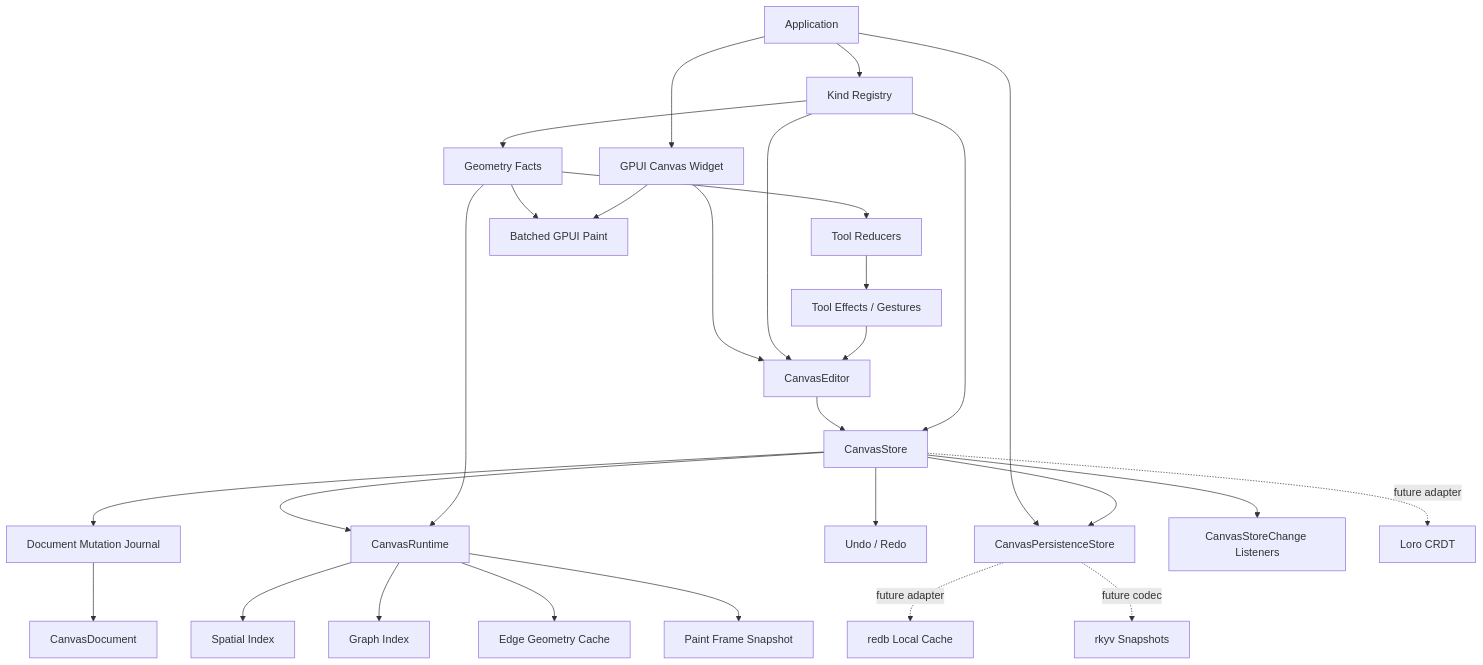
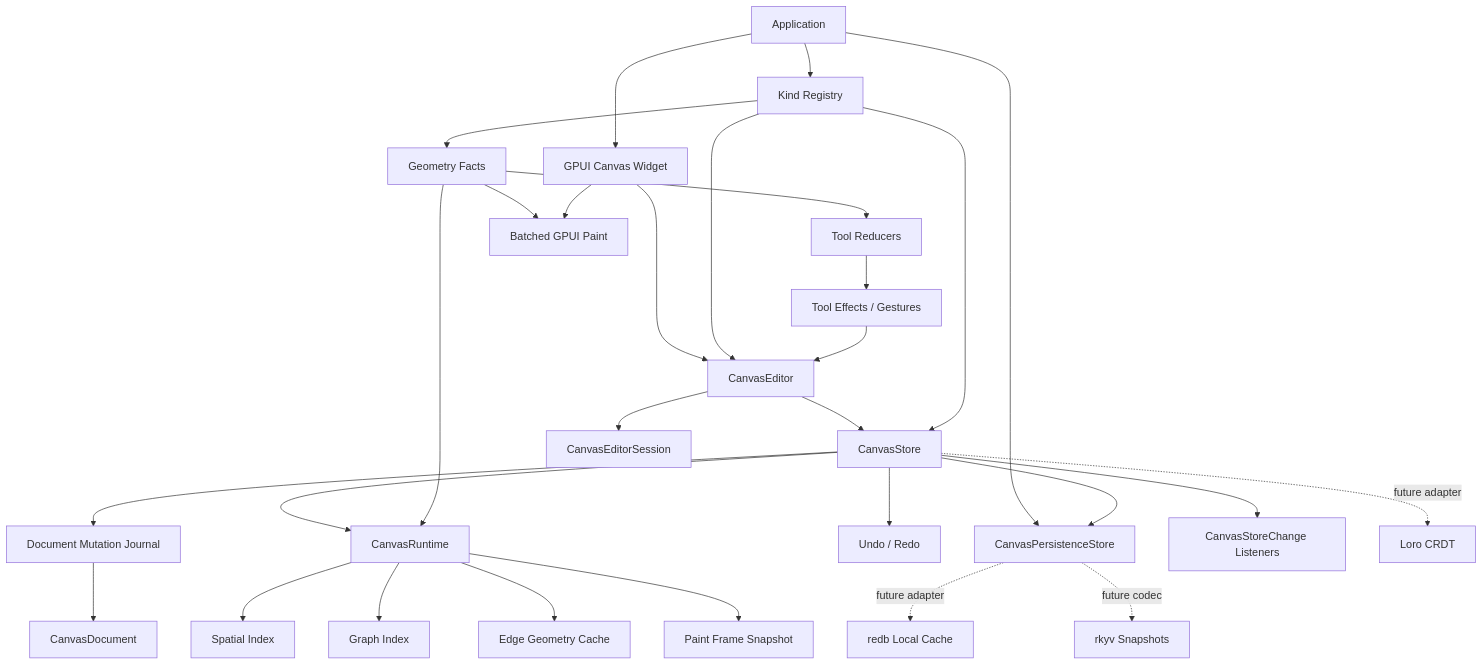
Before and after one commit to Latias94/open-gpui: the diagram in docs/adr/0002-open-gpui-canvas-architecture.md, drawn with Mermaid. The commit also changed other lines of this file and 9 other files, not shown here.

Commit message:
refactor(canvas): extract editor session seam

````diff
--- a/docs/adr/0002-open-gpui-canvas-architecture.md
+++ b/docs/adr/0002-open-gpui-canvas-architecture.md
@@ -177,30 +178,31 @@
 ```mermaid
 flowchart TD
     App[Application] --> Widget[GPUI Canvas Widget]
     Widget --> Editor[CanvasEditor]
     Editor --> CanvasStore[CanvasStore]
+    Editor --> Session[CanvasEditorSession]
     App --> Persist[CanvasPersistenceStore]
     App --> Registry[Kind Registry]
     Registry --> Editor
     Registry --> CanvasStore
     Registry --> Geometry[Geometry Facts]
     Tools[Tool Reducers] --> Effects[Tool Effects / Gestures]
     Effects --> Editor
     CanvasStore --> Journal[Document Mutation Journal]
     Journal --> Doc[CanvasDocument]
     CanvasStore --> History[Undo / Redo]
     CanvasStore --> Runtime[CanvasRuntime]
     CanvasStore --> Changes[CanvasStoreChange Listeners]
     CanvasStore --> Persist
     Runtime --> Spatial[Spatial Index]
     Runtime --> Graph[Graph Index]
     Runtime --> Routes[Edge Geometry Cache]
     Runtime --> Frame[Paint Frame Snapshot]
     Geometry --> Runtime
     Geometry --> Tools
     Geometry --> Paint[Batched GPUI Paint]
     Widget --> Paint
     CanvasStore -.future adapter.-> Loro[Loro CRDT]
     Persist -.future adapter.-> Redb[redb Local Cache]
     Persist -.future codec.-> Rkyv[rkyv Snapshots]
 ```
````
